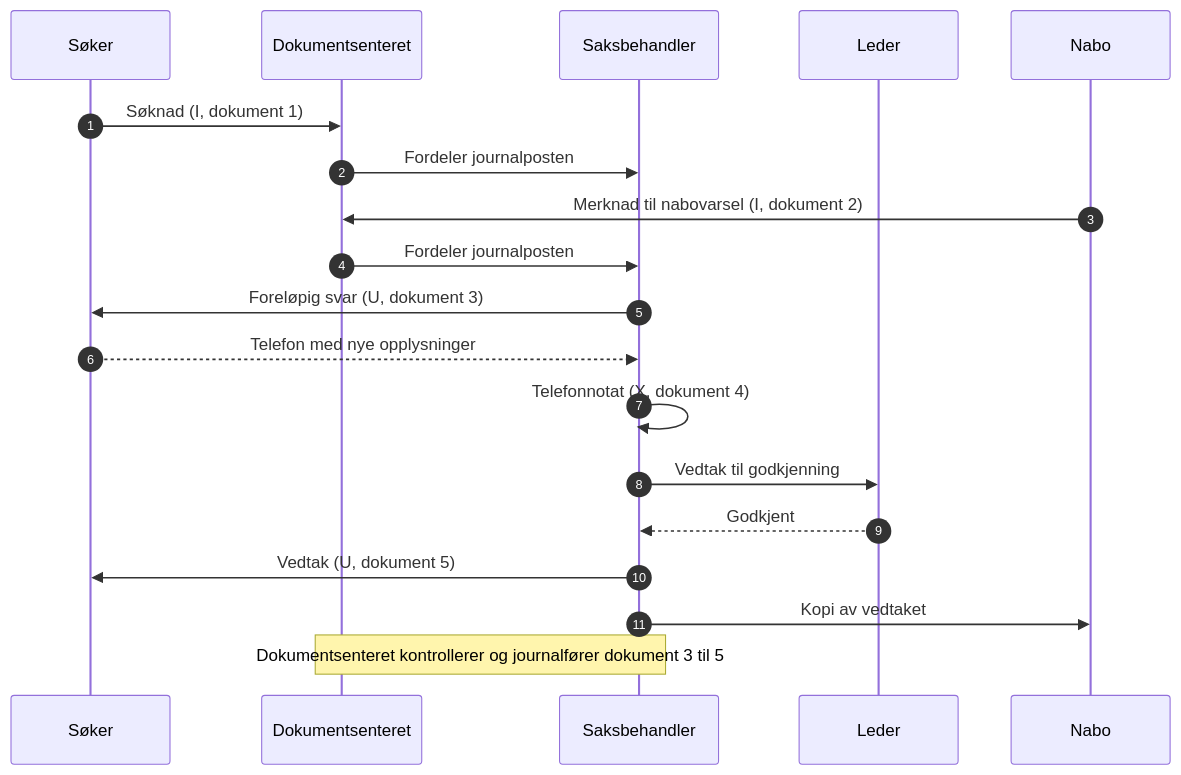
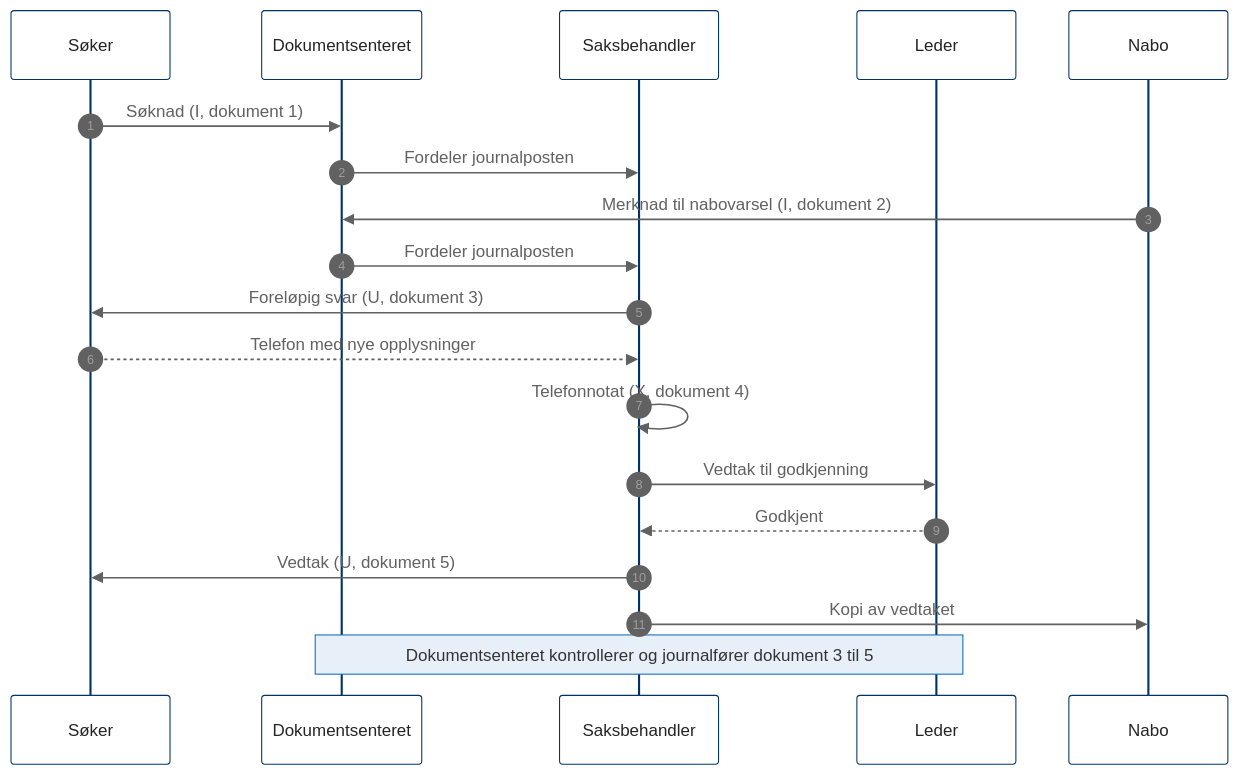
Before and after one commit to magnehg/ark-ivar: the diagram in docs/prosesser/03-saksbehandling.md, drawn with Mermaid. The commit also changed other lines of this file and 40 other files, not shown here.

````diff
--- a/docs/prosesser/03-saksbehandling.md
+++ b/docs/prosesser/03-saksbehandling.md
@@ -53,21 +34,22 @@
 ```mermaid
+%%{init: {"theme": "base", "themeVariables": {"fontFamily": "Segoe UI, system-ui, sans-serif", "primaryColor": "#FFFFFF", "primaryBorderColor": "#003366", "primaryTextColor": "#242424", "secondaryColor": "#F0F0F0", "tertiaryColor": "#FAFAFA", "lineColor": "#616161", "textColor": "#616161", "clusterBkg": "#FAFAFA", "clusterBorder": "#D1D1D1", "edgeLabelBackground": "#FFFFFF", "noteBkgColor": "#E7F0F8", "noteBorderColor": "#0F6CBD", "actorBorder": "#003366", "signalColor": "#616161", "signalTextColor": "#616161"}}}%%
 sequenceDiagram
     autonumber
     participant S as Søker
     participant D as Dokumentsenteret
     participant B as Saksbehandler
     participant L as Leder
     participant N as Nabo
     S->>D: Søknad (I, dokument 1)
     D->>B: Fordeler journalposten
     N->>D: Merknad til nabovarsel (I, dokument 2)
     D->>B: Fordeler journalposten
     B->>S: Foreløpig svar (U, dokument 3)
     S-->>B: Telefon med nye opplysninger
     B->>B: Telefonnotat (X, dokument 4)
     B->>L: Vedtak til godkjenning
     L-->>B: Godkjent
     B->>S: Vedtak (U, dokument 5)
     B->>N: Kopi av vedtaket
-    Note over D,B: Dokumentsenteret kontrollerer og journalfører dokument 3 til 5
+    Note over D,L: Dokumentsenteret kontrollerer og journalfører dokument 3 til 5
 ```
````
